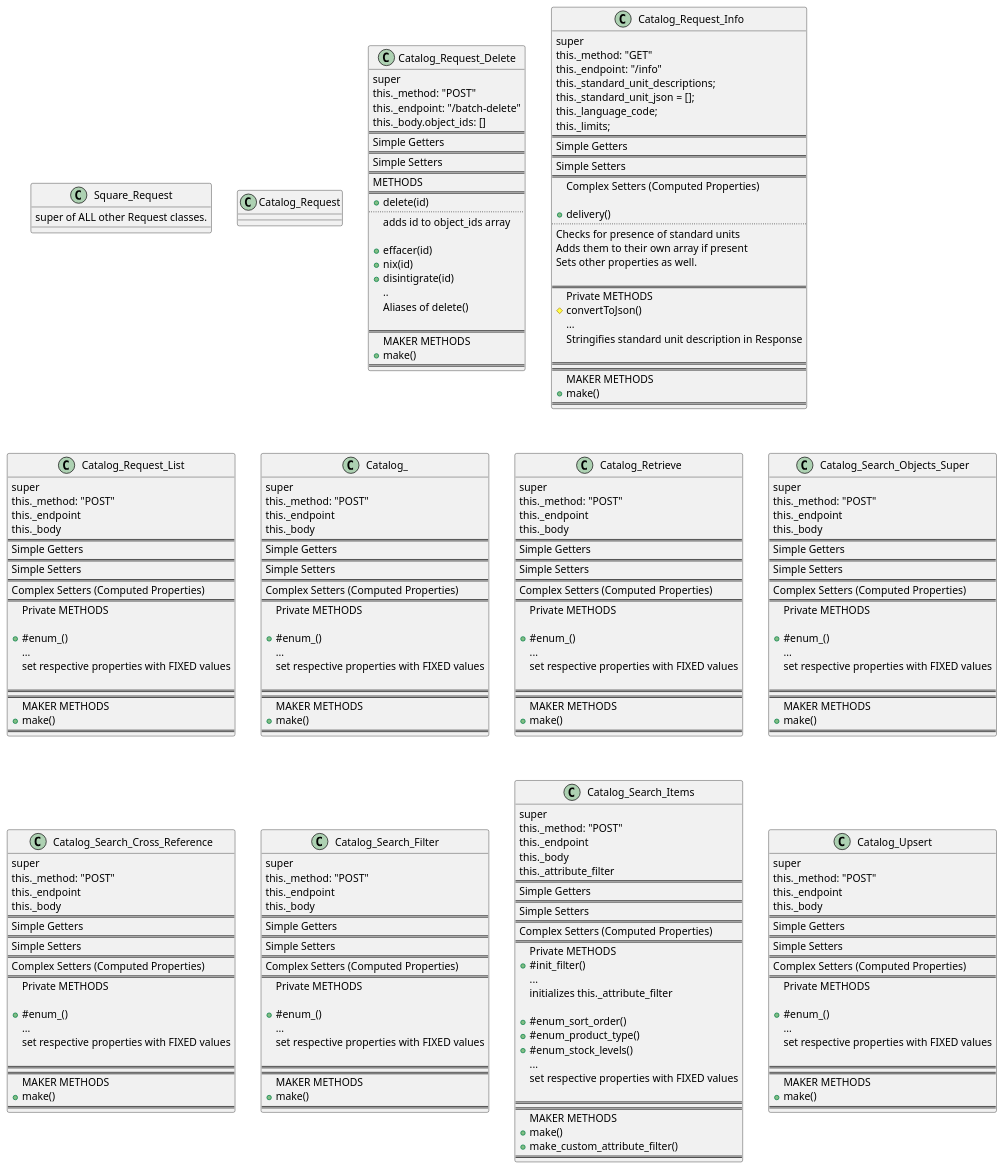
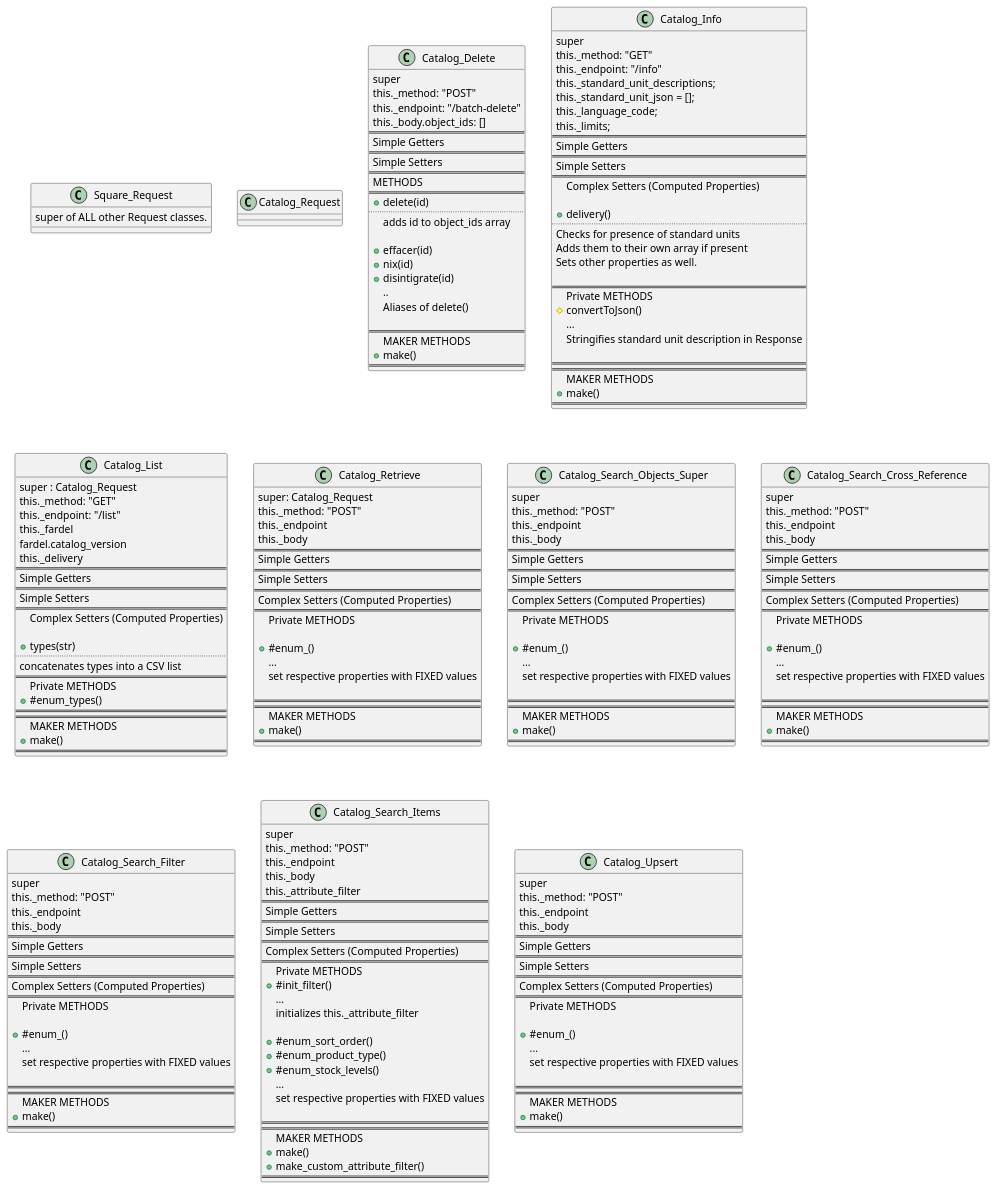
The diagram in docs/uml/catalog_request_pie.puml (TwoFistedJustice/square-pie), drawn with PlantUML before and after one commit.

Commit message:
docs: diagram Catalog_List class

```diff
--- a/docs/uml/catalog_request_pie.puml
+++ b/docs/uml/catalog_request_pie.puml
@@ -9,7 +9,7 @@
 
 }
 
-class Catalog_Request_Delete {
+class Catalog_Delete {
 super
 this._method: "POST"
 this._endpoint: "/batch-delete"
@@ -37,7 +37,7 @@
 ==
 }
 
-class Catalog_Request_Info {
+class Catalog_Info {
 super
 this._method: "GET"
 this._endpoint: "/info"
@@ -72,49 +72,26 @@
 }
 
 
-class Catalog_Request_List {
-super
-this._method: "POST"
-this._endpoint
-this._body
+class Catalog_List {
+super : Catalog_Request
+this._method: "GET"
+this._endpoint: "/list"
+this._fardel
+fardel.catalog_version
+this._delivery
 ==
 Simple Getters
 ==
 Simple Setters
 ==
 Complex Setters (Computed Properties)
+
++types(str)
+..
+concatenates types into a CSV list
 ==
 Private METHODS
-
-+#enum_()
-...
-set respective properties with FIXED values
-
-==
-==
-MAKER METHODS
-+ make()
-==
-}
-
-class Catalog_ {
-super
-this._method: "POST"
-this._endpoint
-this._body
-==
-Simple Getters
-==
-Simple Setters
-==
-Complex Setters (Computed Properties)
-==
-Private METHODS
-
-+#enum_()
-...
-set respective properties with FIXED values
-
++#enum_types()
 ==
 ==
 MAKER METHODS
@@ -123,7 +100,7 @@
 }
 
 class Catalog_Retrieve {
-super
+super: Catalog_Request
 this._method: "POST"
 this._endpoint
 this._body
```
